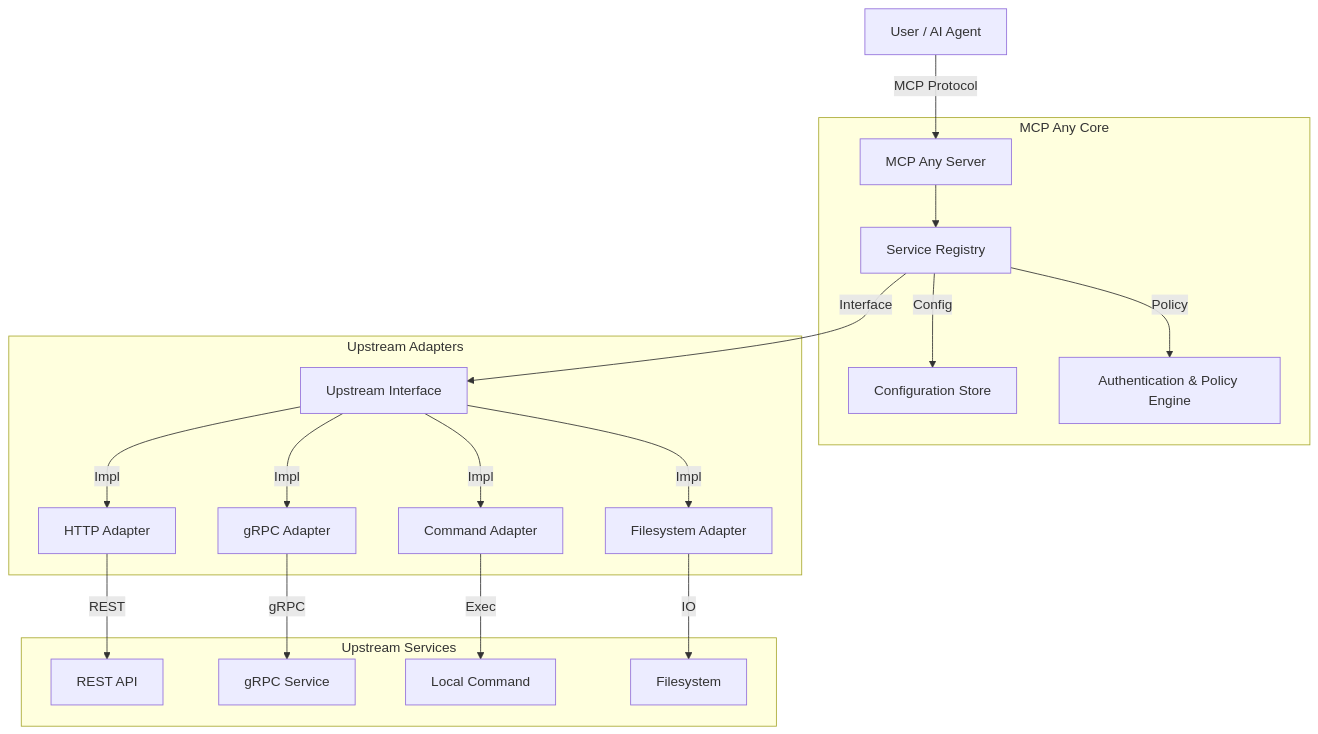
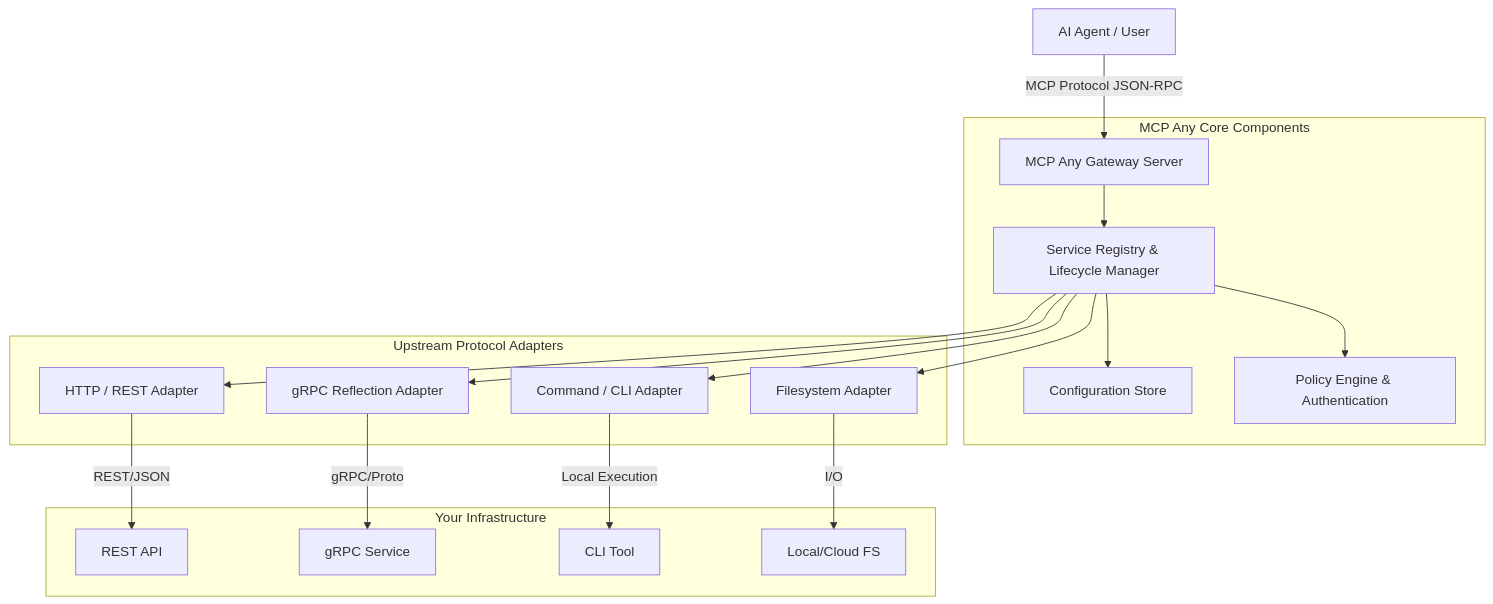
One commit to mcpany/core changed the diagram in README.md. Above: the diagram before and after it, drawn with Mermaid. The commit also changed other lines of this file and 1 other file, not shown here.

````diff
--- a/README.md
+++ b/README.md
@@ -35,25 +18,24 @@
 ```mermaid
 graph TD
-    User[User / AI Agent] -->|MCP Protocol| Server[MCP Any Server]
+    User[AI Agent / User] -->|MCP Protocol JSON-RPC| Server[MCP Any Gateway Server]
 
-    subgraph "MCP Any Core"
-        Server --> Registry[Service Registry]
-        Registry -->|Config| Config[Configuration Store]
-        Registry -->|Policy| Auth[Authentication & Policy Engine]
+    subgraph "MCP Any Core Components"
+        Server --> Registry[Service Registry & Lifecycle Manager]
+        Registry --> Config[Configuration Store]
+        Registry --> Auth[Policy Engine & Authentication]
     end
 
-    subgraph "Upstream Adapters"
-        Registry -->|Interface| Upstream[Upstream Interface]
-        Upstream -->|Impl| HTTP[HTTP Adapter]
-        Upstream -->|Impl| GRPC[gRPC Adapter]
-        Upstream -->|Impl| CMD[Command Adapter]
-        Upstream -->|Impl| FS[Filesystem Adapter]
+    subgraph "Upstream Protocol Adapters"
+        Registry --> HTTP[HTTP / REST Adapter]
+        Registry --> GRPC[gRPC Reflection Adapter]
+        Registry --> CMD[Command / CLI Adapter]
+        Registry --> FS[Filesystem Adapter]
     end
 
-    subgraph "Upstream Services"
-        HTTP -->|REST| ServiceB[REST API]
-        GRPC -->|gRPC| ServiceA[gRPC Service]
-        CMD -->|Exec| ServiceD[Local Command]
-        FS -->|IO| ServiceE[Filesystem]
+    subgraph "Your Infrastructure"
+        HTTP -->|REST/JSON| ServiceB[REST API]
+        GRPC -->|gRPC/Proto| ServiceA[gRPC Service]
+        CMD -->|Local Execution| ServiceD[CLI Tool]
+        FS -->|I/O| ServiceE[Local/Cloud FS]
     end
 ```
````
